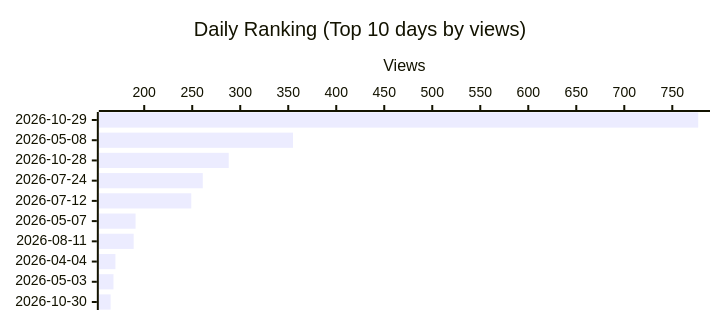
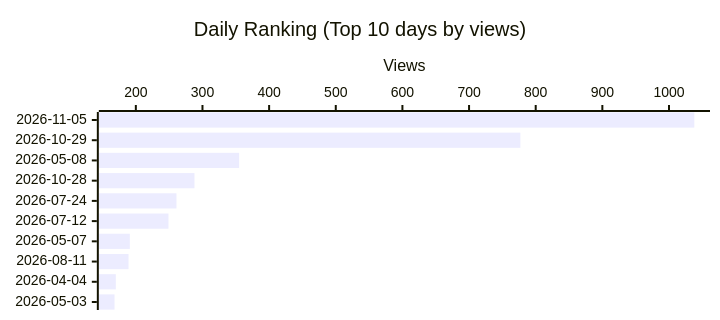
One commit to shigechika/github-insights changed the third of 4 diagrams in README.md. Above: the diagram before and after it, drawn with Mermaid. The commit also changed other lines of this file and 1 other file, not shown here.

````diff
--- a/README.md
+++ b/README.md
@@ -43,12 +43,12 @@
 ```mermaid
 ---
 config:
   xyChart:
     height: 300
 ---
 xychart-beta horizontal
     title "Daily Ranking (Top 10 days by views)"
-    x-axis ["2026-10-29", "2026-05-08", "2026-10-28", "2026-07-24", "2026-07-12", "2026-05-07", "2026-08-11", "2026-04-04", "2026-05-03", "2026-10-30"]
+    x-axis ["2026-11-05", "2026-10-29", "2026-05-08", "2026-10-28", "2026-07-24", "2026-07-12", "2026-05-07", "2026-08-11", "2026-04-04", "2026-05-03"]
     y-axis "Views"
-    bar [777, 355, 288, 261, 249, 191, 189, 170, 168, 165]
+    bar [1038, 777, 355, 288, 261, 249, 191, 189, 170, 168]
 ```
````
